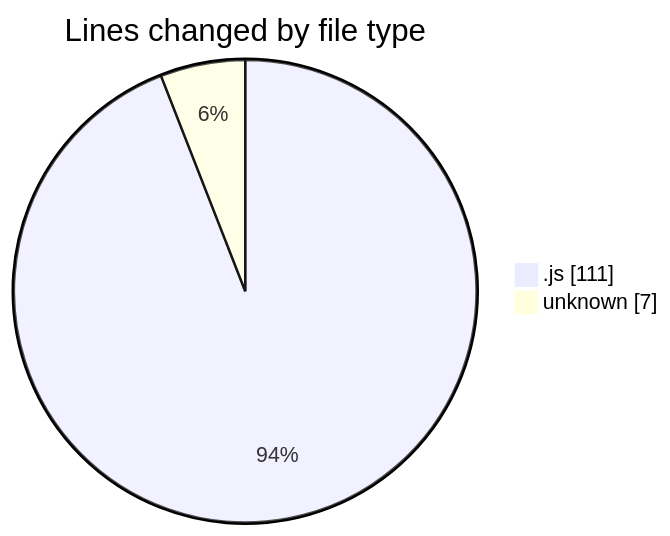
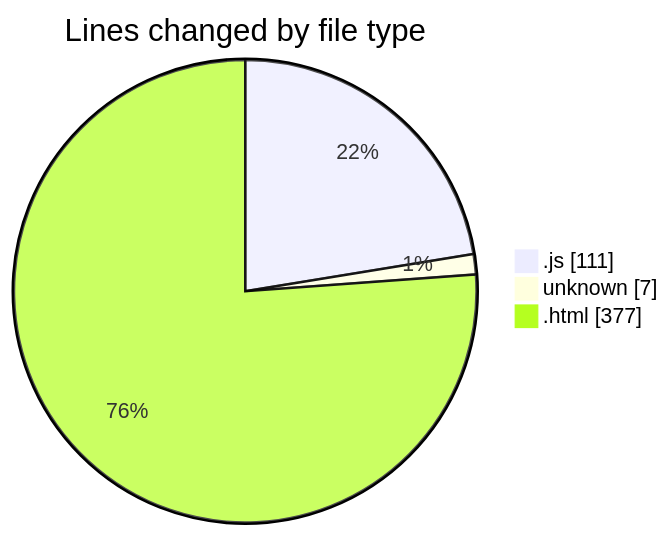
The first of 2 diagrams in 2025-04-16/omts_new/README.md (nxtqubesakshisongat/code-tracking), drawn with Mermaid before and after one commit. The commit also changed other lines of this file and 1 other file, not shown here.

````diff
--- a/2025-04-16/omts_new/README.md
+++ b/2025-04-16/omts_new/README.md
@@ -21,6 +22,7 @@
 ```mermaid
 pie showData
 title Lines changed by file type
 ".js" : 111
 "unknown" : 7
+".html" : 377
 ```
````
